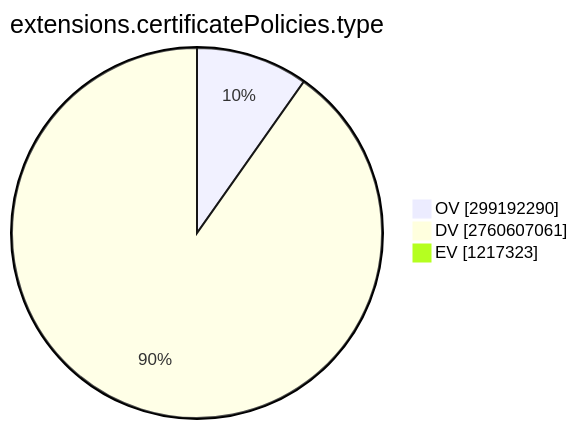
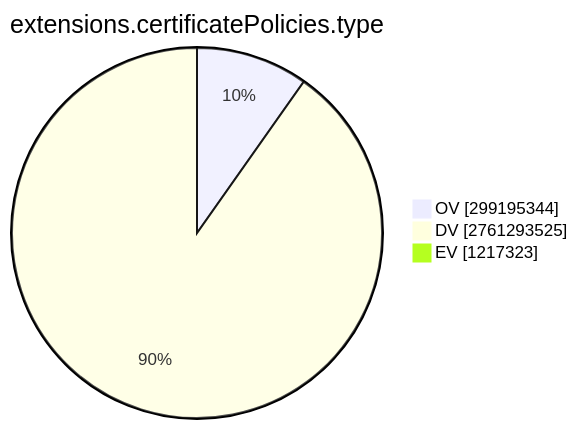
One commit to christiankrug/ctmonitor_visualization changed the ninth of 15 diagrams in TOTAL/README.md. Above: the diagram before and after it, drawn with Mermaid. The commit also changed other lines of this file, not shown here.

````diff
--- a/TOTAL/README.md
+++ b/TOTAL/README.md
@@ -3101,7 +3101,7 @@
 ```mermaid
 pie showData
 title extensions.certificatePolicies.type
-"OV" :299192290
-"DV" :2760607061
+"OV" :299195344
+"DV" :2761293525
 "EV" :1217323
 ```
````
